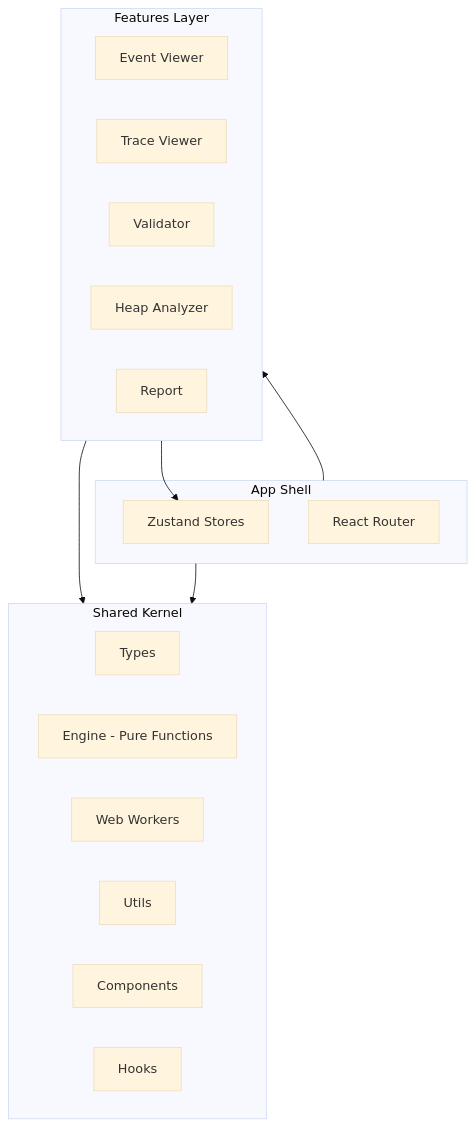
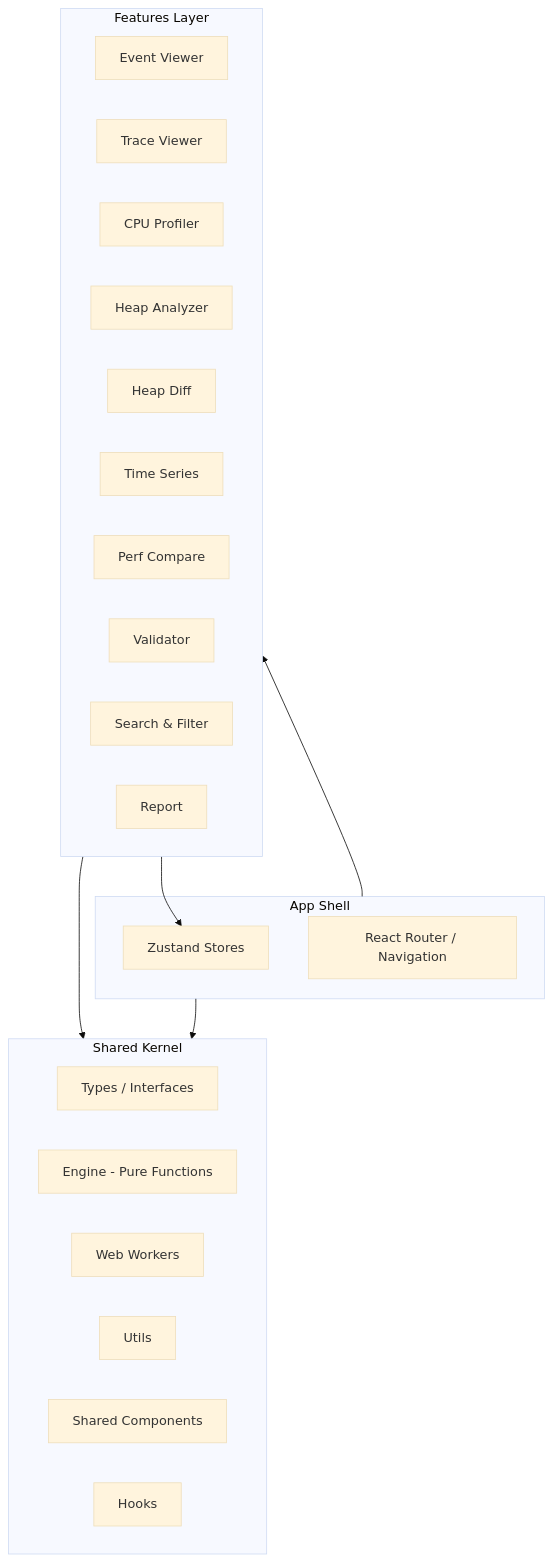
Before and after one commit to Kayetendencious431/NodeVerdict: the second of 2 diagrams in README.md, drawn with Mermaid (base theme). The commit also changed other lines of this file and 25 other files, not shown here.

````diff
--- a/README.md
+++ b/README.md
@@ -210,29 +288,34 @@
 ```mermaid
 graph TB
     subgraph UI["App Shell"]
         S[Zustand Stores]
-        R[React Router]
+        R[React Router / Navigation]
     end
 
     subgraph FE["Features Layer"]
         EV[Event Viewer]
         TV[Trace Viewer]
+        CP[CPU Profiler]
+        HA[Heap Analyzer]
+        HD[Heap Diff]
+        TS[Time Series]
+        PC[Perf Compare]
         VL[Validator]
-        HA[Heap Analyzer]
+        SF[Search & Filter]
         RP[Report]
     end
 
     subgraph SH["Shared Kernel"]
-        T[Types]
+        T[Types / Interfaces]
         E[Engine - Pure Functions]
         W[Web Workers]
         U[Utils]
-        C[Components]
+        C[Shared Components]
         H[Hooks]
     end
 
     FE --> S
     FE --> SH
     UI --> FE
     UI --> SH
 ```
````
